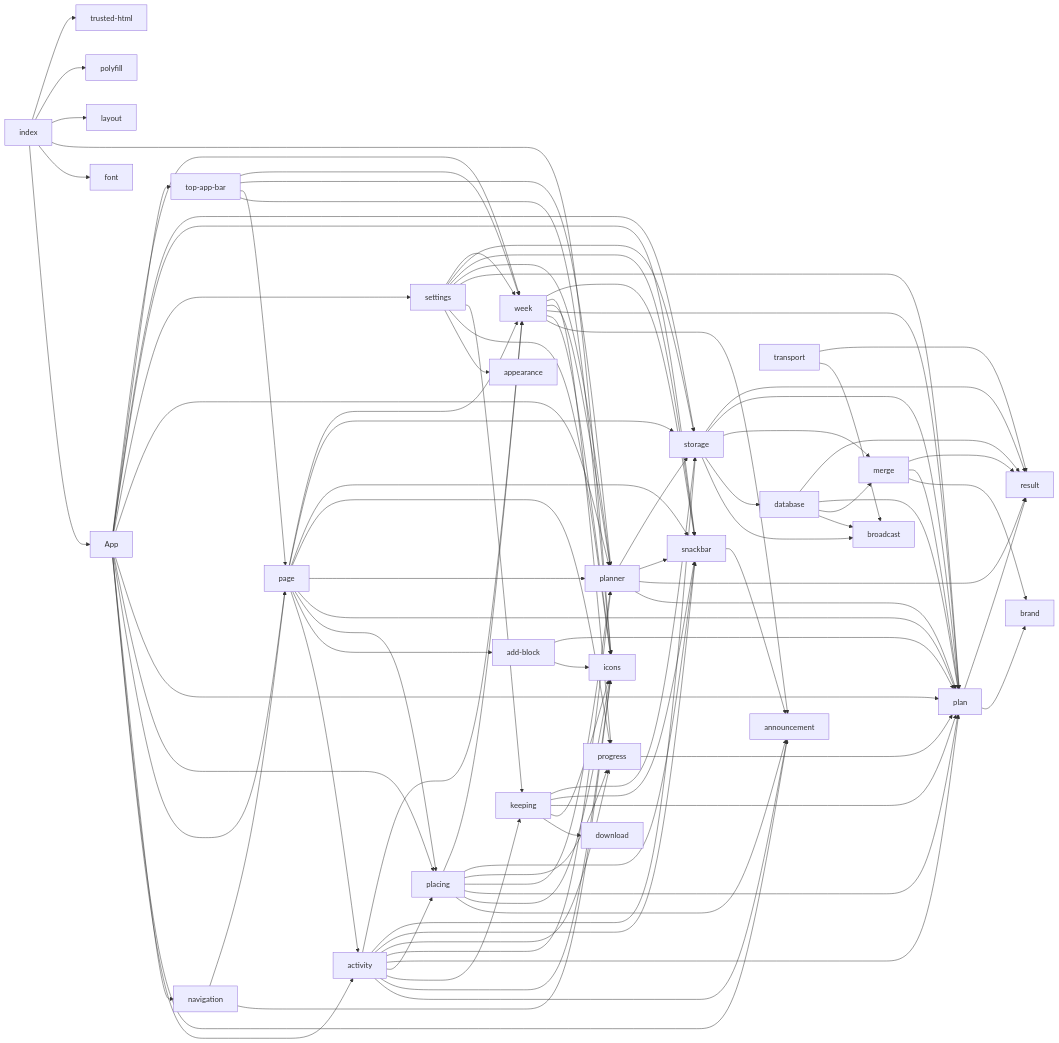
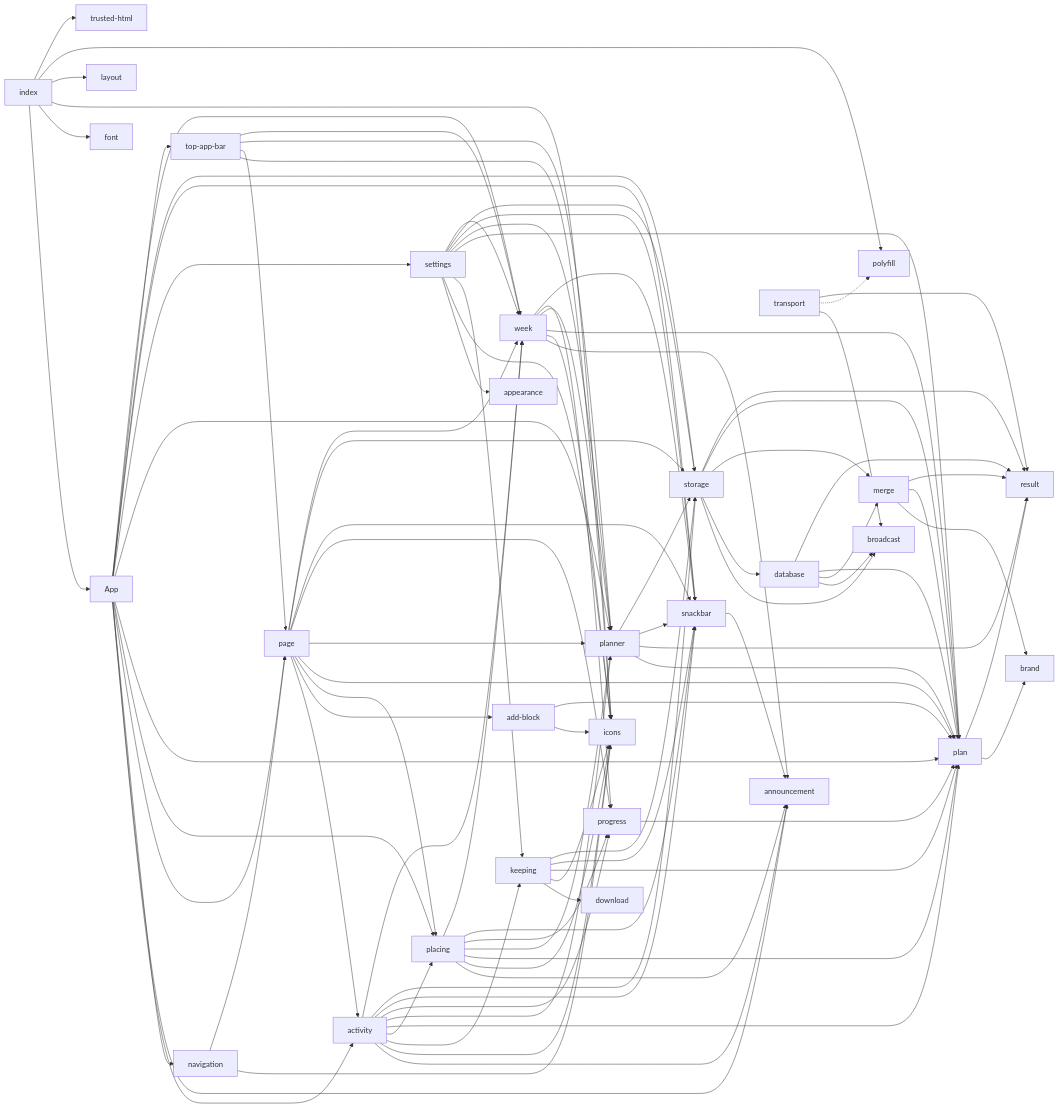
Before and after one commit to SantaClaas/week-budget-planner: the diagram in docs/MODULES.md, drawn with Mermaid. The commit also changed 11 other files, not shown here.

```diff
--- a/docs/MODULES.md
+++ b/docs/MODULES.md
@@ -124,6 +124,7 @@
   module_top_app_bar --> module_planner
   module_top_app_bar --> module_week
   module_transport --> module_broadcast
+  module_transport -.-> module_polyfill
   module_transport --> module_result
   module_week --> module_announcement
   module_week --> module_icons
```
